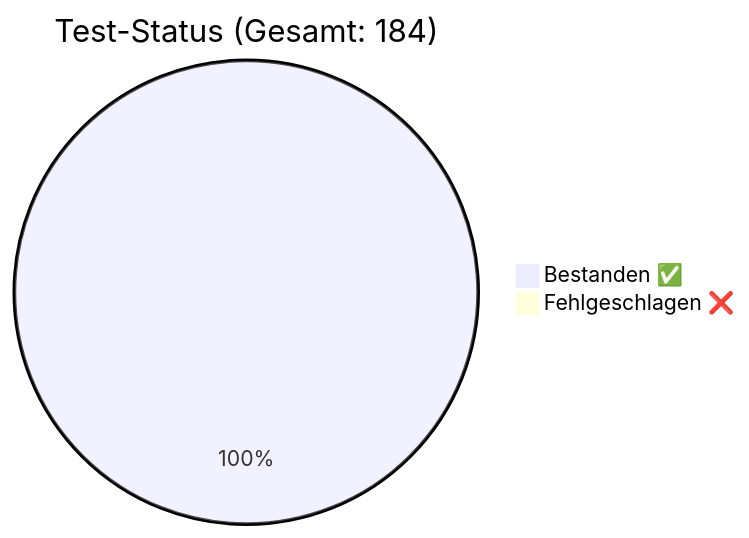
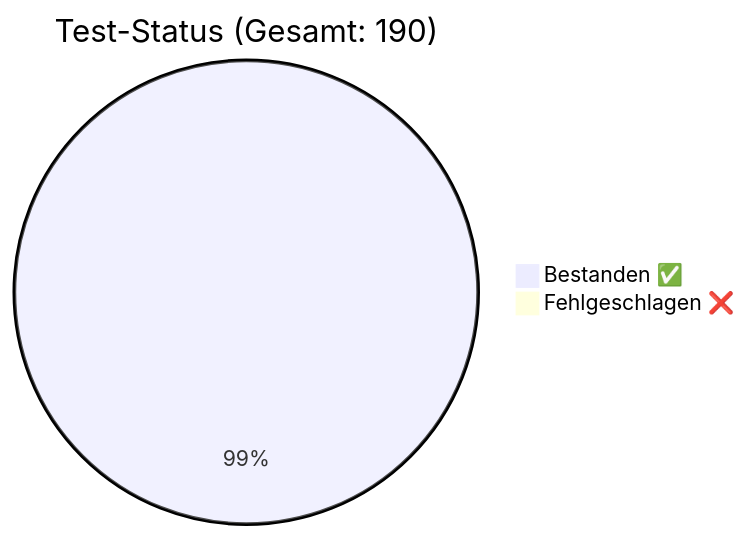
Before and after one commit to rorila/GCS: the diagram in docs/QA_Report.md, drawn with Mermaid. The commit also changed other lines of this file and 14 other files, not shown here.

````diff
--- a/docs/QA_Report.md
+++ b/docs/QA_Report.md
@@ -7,5 +7,5 @@
 ```mermaid
-pie title Test-Status (Gesamt: 184)
-    "Bestanden ✅" : 184
-    "Fehlgeschlagen ❌" : 0
+pie title Test-Status (Gesamt: 190)
+    "Bestanden ✅" : 189
+    "Fehlgeschlagen ❌" : 1
 ```
````
